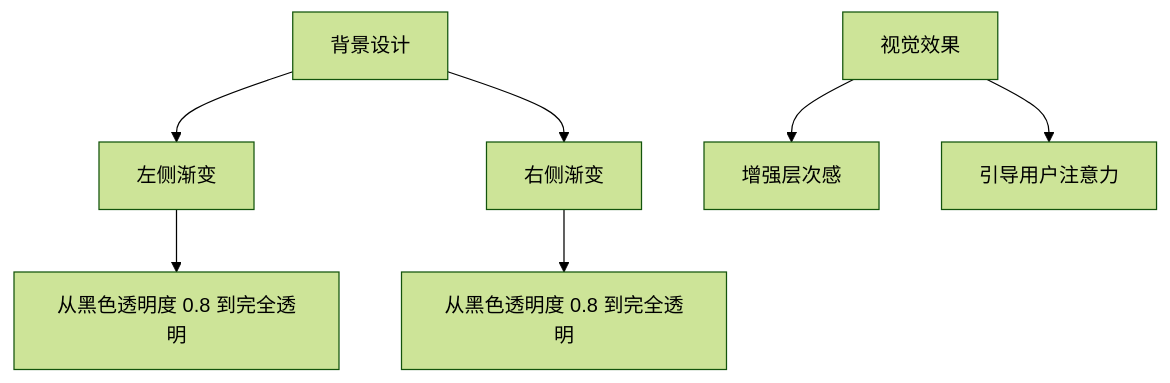
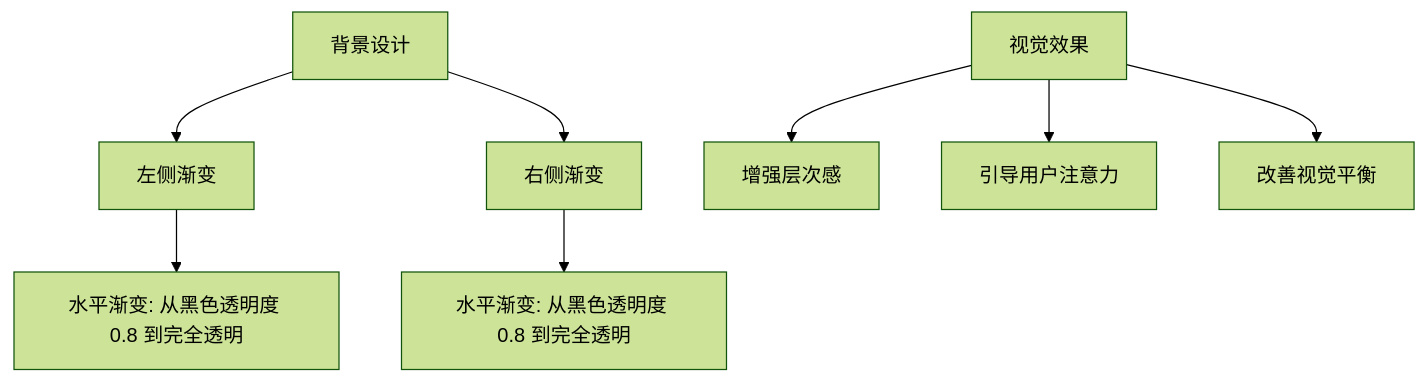
The sixth of 9 diagrams in .qoder/repowiki/zh/content/核心组件架构/仪表盘头部.md (zhibo1997/government-dashboard), drawn with Mermaid (forest theme) before and after one commit. The commit also changed other lines of this file and 28 other files, not shown here.

````diff
--- a/.qoder/repowiki/zh/content/核心组件架构/仪表盘头部.md
+++ b/.qoder/repowiki/zh/content/核心组件架构/仪表盘头部.md
@@ -212,9 +258,10 @@
 ```mermaid
 flowchart TD
 A[背景设计] --> B[左侧渐变]
 A --> C[右侧渐变]
-B --> D[从黑色透明度 0.8 到完全透明]
-C --> E[从黑色透明度 0.8 到完全透明]
+B --> D[水平渐变: 从黑色透明度 0.8 到完全透明]
+C --> E[水平渐变: 从黑色透明度 0.8 到完全透明]
 F[视觉效果] --> G[增强层次感]
 F --> H[引导用户注意力]
+F --> I[改善视觉平衡]
 ```
````
